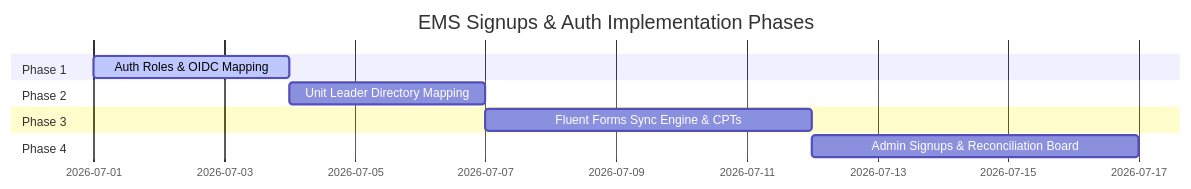
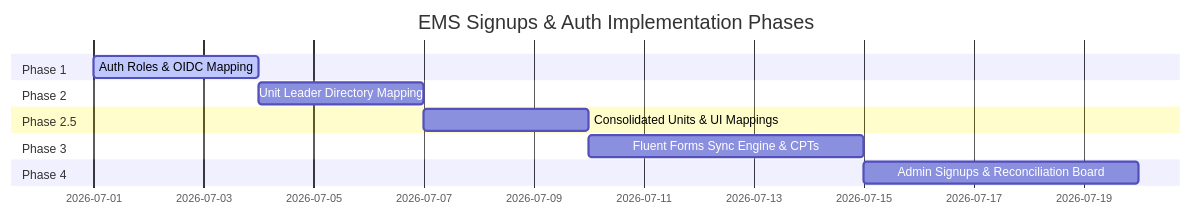
One commit to circularlizard/expedition-management-system changed the second of 2 diagrams in docs/signups-and-auth-plan.md. Above: the diagram before and after it, drawn with Mermaid. The commit also changed other lines of this file, not shown here.

Commit message:
docs: insert Phase 2.5 and update Phase 3 for Fluent Forms lookup in spec plan

````diff
--- a/docs/signups-and-auth-plan.md
+++ b/docs/signups-and-auth-plan.md
@@ -124,13 +149,15 @@
 ```mermaid
 gantt
     title EMS Signups & Auth Implementation Phases
     dateFormat  YYYY-MM-DD
     section Phase 1
     Auth Roles & OIDC Mapping       :active, p1, 2026-07-01, 3d
     section Phase 2
     Unit Leader Directory Mapping    : p2, after p1, 3d
+    section Phase 2.5
+    Consolidated Units & UI Mappings : p25, after p2, 3d
     section Phase 3
-    Fluent Forms Sync Engine & CPTs  : p3, after p2, 5d
+    Fluent Forms Sync Engine & CPTs  : p3, after p25, 5d
     section Phase 4
     Admin Signups & Reconciliation Board: p4, after p3, 5d
 ```
````
